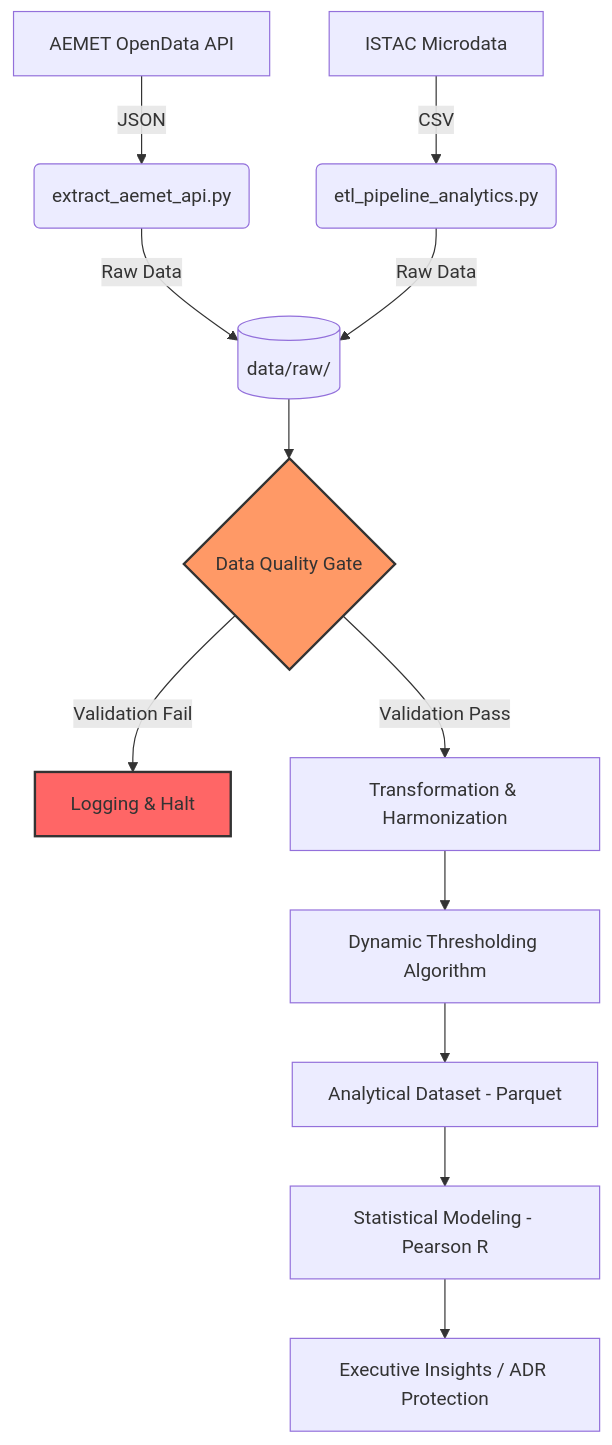
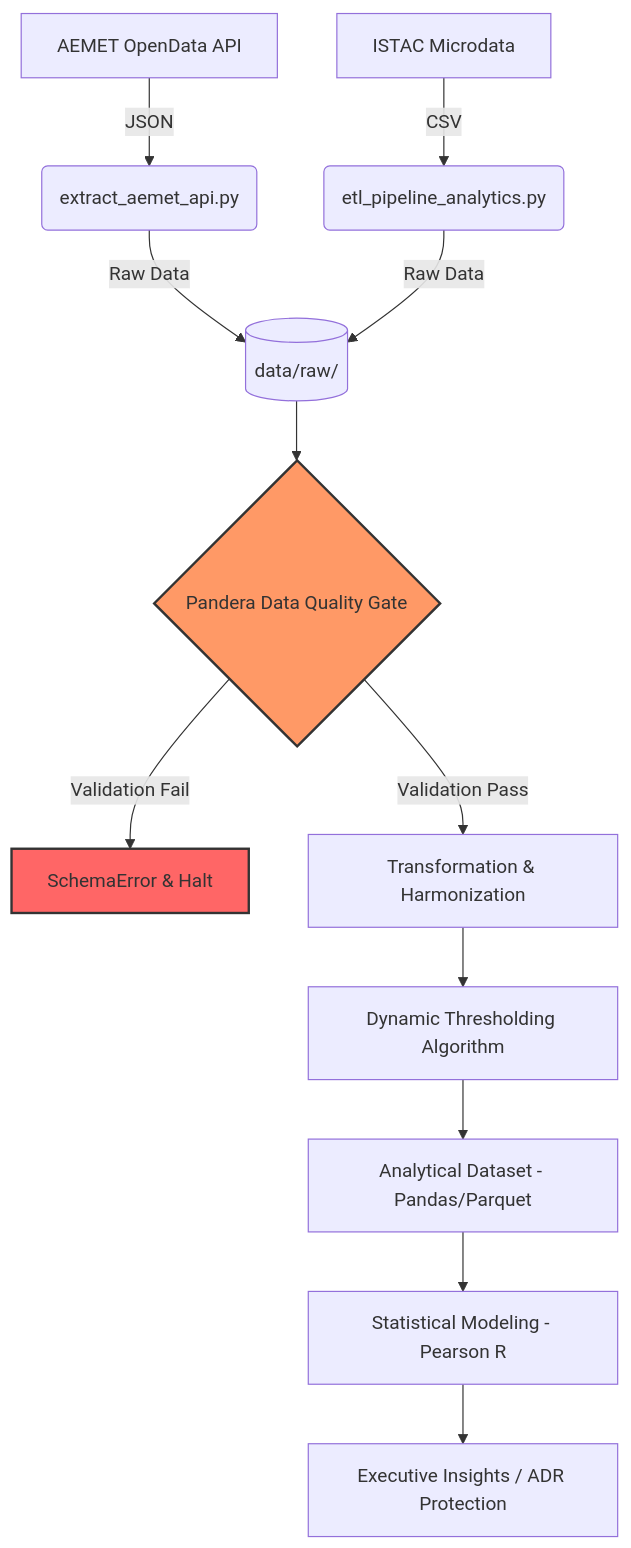
Before and after one commit to lopezalmeidaalvaro/DataDriven-Weather-Demand: the first of 2 diagrams in README.md, drawn with Mermaid. The commit also changed other lines of this file and 8 other files, not shown here.

````diff
--- a/README.md
+++ b/README.md
@@ -25,26 +31,26 @@
 ```mermaid
 graph TD
     %% Sources
     A[AEMET OpenData API] -->|JSON| B(extract_aemet_api.py)
     C[ISTAC Microdata] -->|CSV| D(etl_pipeline_analytics.py)
     
     %% Storage
     B -->|Raw Data| E[(data/raw/)]
     D -->|Raw Data| E
     
     %% Processing & Quality
-    E --> F{Data Quality Gate}
-    F -->|Validation Fail| G[Logging & Halt]
+    E --> F{Pandera Data Quality Gate}
+    F -->|Validation Fail| G[SchemaError & Halt]
     F -->|Validation Pass| H[Transformation & Harmonization]
     
     %% Engineering
     H --> I[Dynamic Thresholding Algorithm]
-    I --> J[Analytical Dataset - Parquet]
+    I --> J[Analytical Dataset - Pandas/Parquet]
     
     %% Output
     J --> K[Statistical Modeling - Pearson R]
     K --> L[Executive Insights / ADR Protection]
 
     style F fill:#f96,stroke:#333,stroke-width:2px
     style G fill:#f66,stroke:#333,stroke-width:2px
 ```
````
